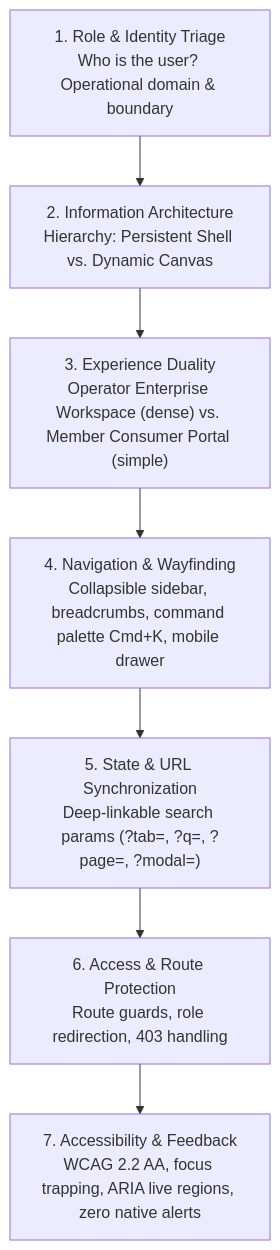
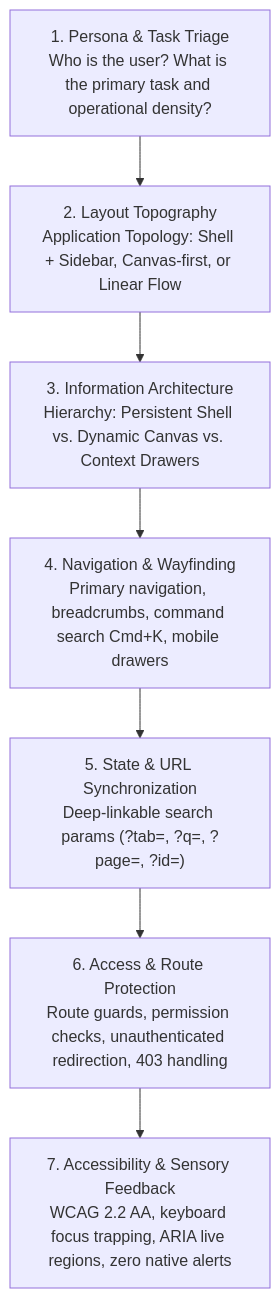
One commit to prosubodh/azcodr changed the first of 2 diagrams in docs/rules/ui_ux_architecture.md. Above: the diagram before and after it, drawn with Mermaid. The commit also changed other lines of this file and 63 other files, not shown here.

````diff
--- a/docs/rules/ui_ux_architecture.md
+++ b/docs/rules/ui_ux_architecture.md
@@ -13,11 +13,11 @@
 ```mermaid
 flowchart TD
-    P1["1. Role & Identity Triage<br/>Who is the user? Operational domain & boundary"]
-    P2["2. Information Architecture<br/>Hierarchy: Persistent Shell vs. Dynamic Canvas"]
-    P3["3. Experience Duality<br/>Operator Enterprise Workspace (dense) vs. Member Consumer Portal (simple)"]
-    P4["4. Navigation & Wayfinding<br/>Collapsible sidebar, breadcrumbs, command palette Cmd+K, mobile drawer"]
-    P5["5. State & URL Synchronization<br/>Deep-linkable search params (?tab=, ?q=, ?page=, ?modal=)"]
-    P6["6. Access & Route Protection<br/>Route guards, role redirection, 403 handling"]
-    P7["7. Accessibility & Feedback<br/>WCAG 2.2 AA, focus trapping, ARIA live regions, zero native alerts"]
+    P1["1. Persona & Task Triage<br/>Who is the user? What is the primary task and operational density?"]
+    P2["2. Layout Topography<br/>Application Topology: Shell + Sidebar, Canvas-first, or Linear Flow"]
+    P3["3. Information Architecture<br/>Hierarchy: Persistent Shell vs. Dynamic Canvas vs. Context Drawers"]
+    P4["4. Navigation & Wayfinding<br/>Primary navigation, breadcrumbs, command search Cmd+K, mobile drawers"]
+    P5["5. State & URL Synchronization<br/>Deep-linkable search params (?tab=, ?q=, ?page=, ?id=)"]
+    P6["6. Access & Route Protection<br/>Route guards, permission checks, unauthenticated redirection, 403 handling"]
+    P7["7. Accessibility & Sensory Feedback<br/>WCAG 2.2 AA, keyboard focus trapping, ARIA live regions, zero native alerts"]
     P1 --> P2 --> P3 --> P4 --> P5 --> P6 --> P7
 ```
````
